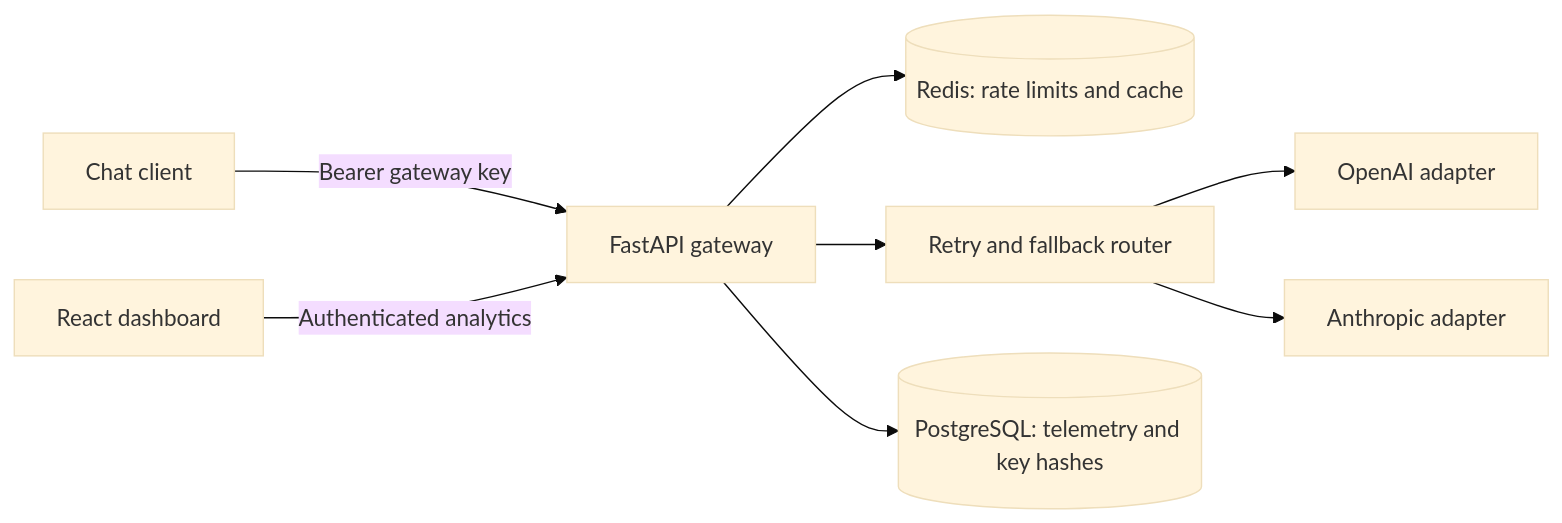
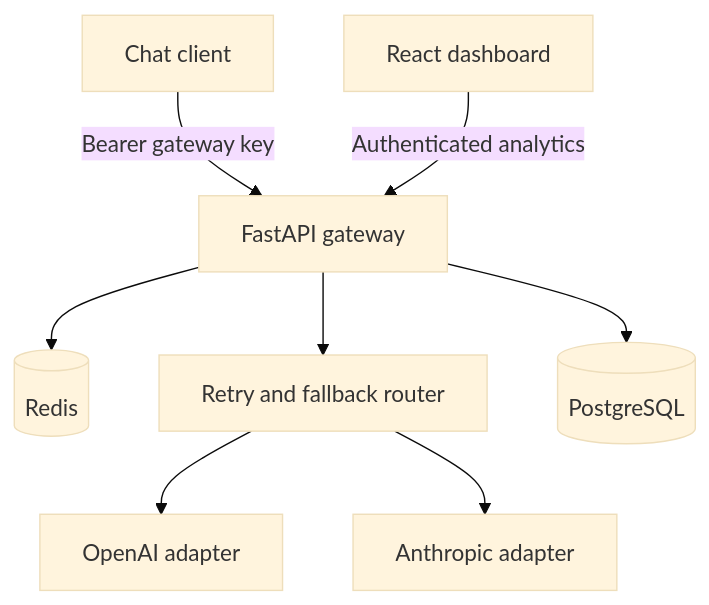
The diagram in README.md (syedmohibimamzaidi/llm-gateway), drawn with Mermaid (base theme) before and after one commit. The commit also changed other lines of this file, not shown here.

````diff
--- a/README.md
+++ b/README.md
@@ -46,10 +36,10 @@
 ```mermaid
-flowchart LR
+flowchart TD
     Client[Chat client] -->|Bearer gateway key| API[FastAPI gateway]
-    API --> Redis[(Redis: rate limits and cache)]
+    Dashboard[React dashboard] -->|Authenticated analytics| API
+    API --> Redis[(Redis)]
     API --> Router[Retry and fallback router]
+    API --> Postgres[(PostgreSQL)]
     Router --> OpenAI[OpenAI adapter]
     Router --> Anthropic[Anthropic adapter]
-    API --> Postgres[(PostgreSQL: telemetry and key hashes)]
-    Dashboard[React dashboard] -->|Authenticated analytics| API
 ```
````
